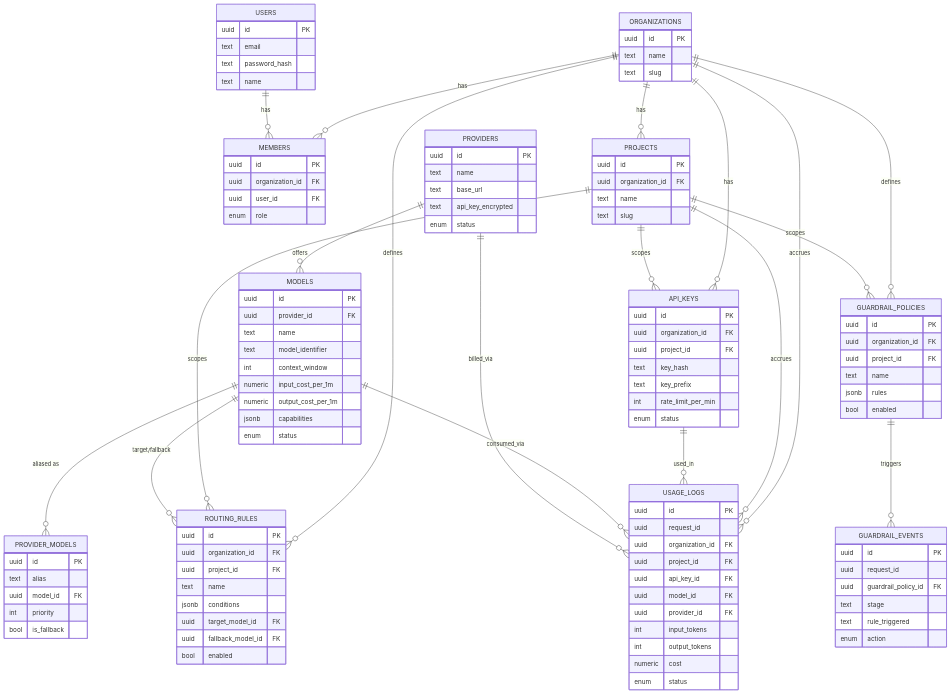
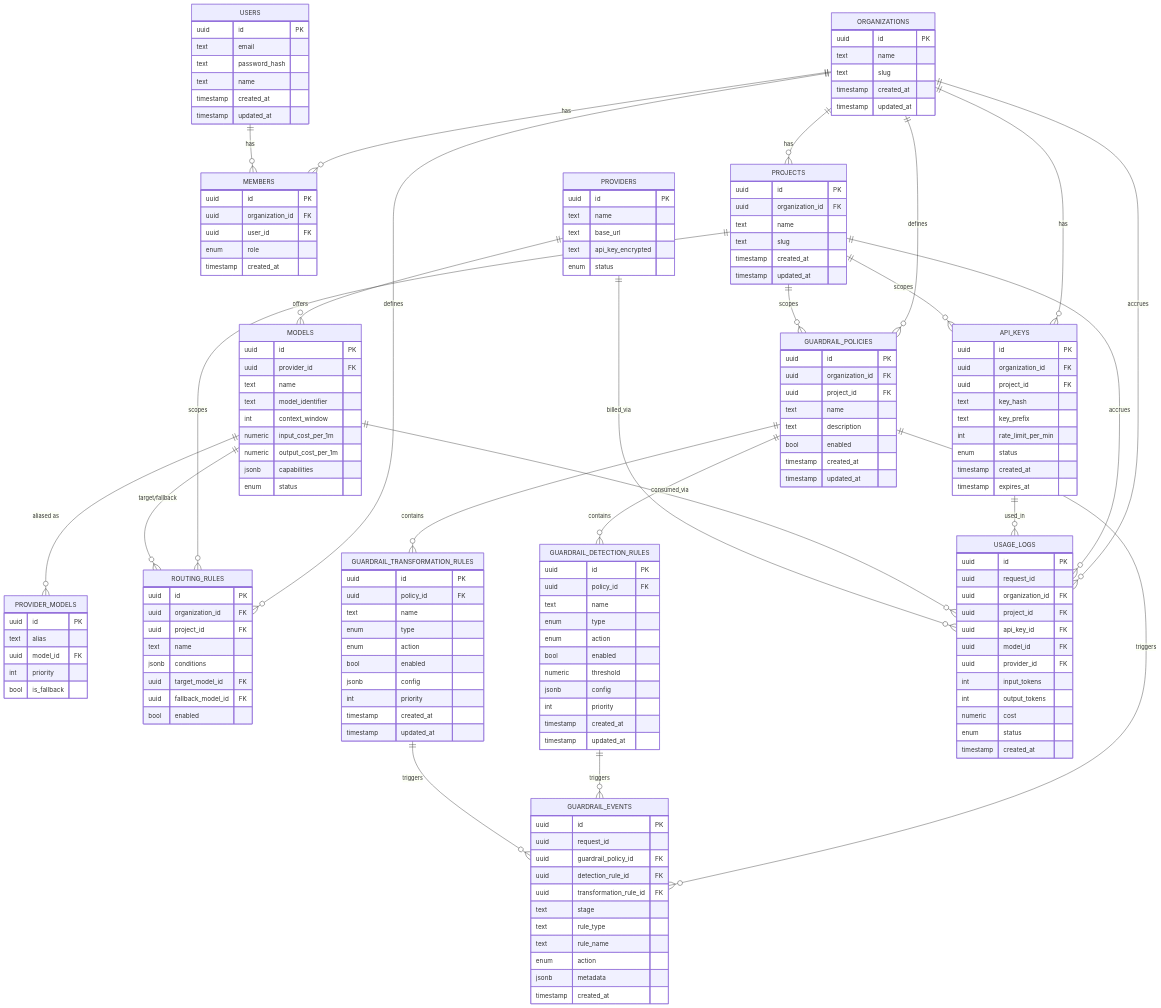
Before and after one commit to divyansh-1214/TrustForge: the diagram in backend/artifacts/db.deisgn.md, drawn with Mermaid. The commit also changed other lines of this file and 11 other files, not shown here.

````diff
--- a/backend/artifacts/db.deisgn.md
+++ b/backend/artifacts/db.deisgn.md
@@ -3,8 +3,11 @@
 ```mermaid
 erDiagram
+
     ORGANIZATIONS ||--o{ MEMBERS : has
     USERS ||--o{ MEMBERS : has
+
     ORGANIZATIONS ||--o{ PROJECTS : has
+
     ORGANIZATIONS ||--o{ API_KEYS : has
     PROJECTS ||--o{ API_KEYS : scopes
 
@@ -17,7 +20,13 @@
 
     ORGANIZATIONS ||--o{ GUARDRAIL_POLICIES : defines
     PROJECTS ||--o{ GUARDRAIL_POLICIES : scopes
+
+    GUARDRAIL_POLICIES ||--o{ GUARDRAIL_DETECTION_RULES : contains
+    GUARDRAIL_POLICIES ||--o{ GUARDRAIL_TRANSFORMATION_RULES : contains
+
     GUARDRAIL_POLICIES ||--o{ GUARDRAIL_EVENTS : triggers
+    GUARDRAIL_DETECTION_RULES ||--o{ GUARDRAIL_EVENTS : triggers
+    GUARDRAIL_TRANSFORMATION_RULES ||--o{ GUARDRAIL_EVENTS : triggers
 
     ORGANIZATIONS ||--o{ USAGE_LOGS : accrues
     PROJECTS ||--o{ USAGE_LOGS : accrues
@@ -25,29 +34,41 @@
     MODELS ||--o{ USAGE_LOGS : consumed_via
     PROVIDERS ||--o{ USAGE_LOGS : billed_via
 
+
     ORGANIZATIONS {
         uuid id PK
         text name
         text slug
+        timestamp created_at
+        timestamp updated_at
     }
+
     USERS {
         uuid id PK
         text email
         text password_hash
         text name
+        timestamp created_at
+        timestamp updated_at
     }
+
     MEMBERS {
         uuid id PK
         uuid organization_id FK
         uuid user_id FK
         enum role
+        timestamp created_at
     }
+
     PROJECTS {
         uuid id PK
         uuid organization_id FK
         text name
         text slug
+        timestamp created_at
+        timestamp updated_at
     }
+
     PROVIDERS {
         uuid id PK
         text name
@@ -55,6 +76,7 @@
         text api_key_encrypted
         enum status
     }
+
     MODELS {
         uuid id PK
         uuid provider_id FK
@@ -66,6 +88,7 @@
         jsonb capabilities
         enum status
     }
+
     PROVIDER_MODELS {
         uuid id PK
         text alias
@@ -73,6 +96,7 @@
         int priority
         bool is_fallback
     }
+
     ROUTING_RULES {
         uuid id PK
         uuid organization_id FK
@@ -83,22 +107,61 @@
         uuid fallback_model_id FK
         bool enabled
     }
+
+
     GUARDRAIL_POLICIES {
         uuid id PK
         uuid organization_id FK
         uuid project_id FK
         text name
-        jsonb rules
+        text description
         bool enabled
+        timestamp created_at
+        timestamp updated_at
     }
+
+    GUARDRAIL_DETECTION_RULES {
+        uuid id PK
+        uuid policy_id FK
+        text name
+        enum type
+        enum action
+        bool enabled
+        numeric threshold
+        jsonb config
+        int priority
+        timestamp created_at
+        timestamp updated_at
+    }
+
+    GUARDRAIL_TRANSFORMATION_RULES {
+        uuid id PK
+        uuid policy_id FK
+        text name
+        enum type
+        enum action
+        bool enabled
+        jsonb config
+        int priority
+        timestamp created_at
+        timestamp updated_at
+    }
+
     GUARDRAIL_EVENTS {
         uuid id PK
         uuid request_id
         uuid guardrail_policy_id FK
+        uuid detection_rule_id FK
+        uuid transformation_rule_id FK
         text stage
-        text rule_triggered
+        text rule_type
+        text rule_name
         enum action
+        jsonb metadata
+        timestamp created_at
     }
+
+
     API_KEYS {
         uuid id PK
         uuid organization_id FK
@@ -107,7 +170,10 @@
         text key_prefix
         int rate_limit_per_min
         enum status
+        timestamp created_at
+        timestamp expires_at
     }
+
     USAGE_LOGS {
         uuid id PK
         uuid request_id
@@ -120,5 +186,6 @@
         int output_tokens
         numeric cost
         enum status
+        timestamp created_at
     }
 ```
````
